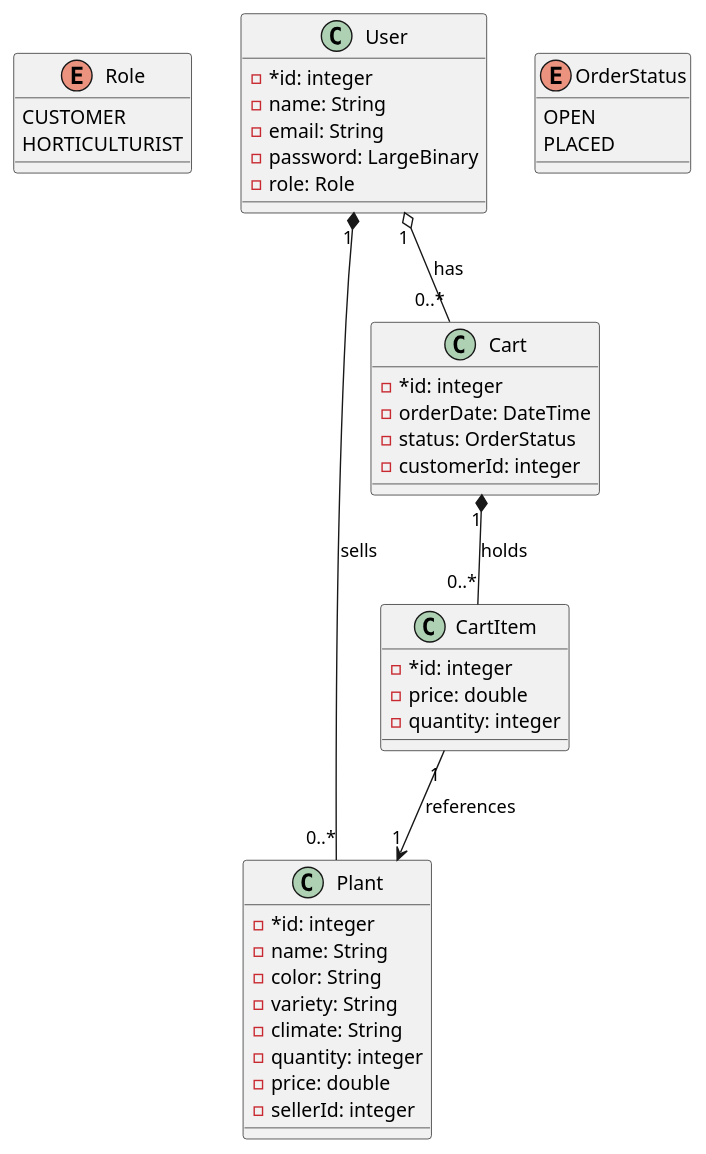
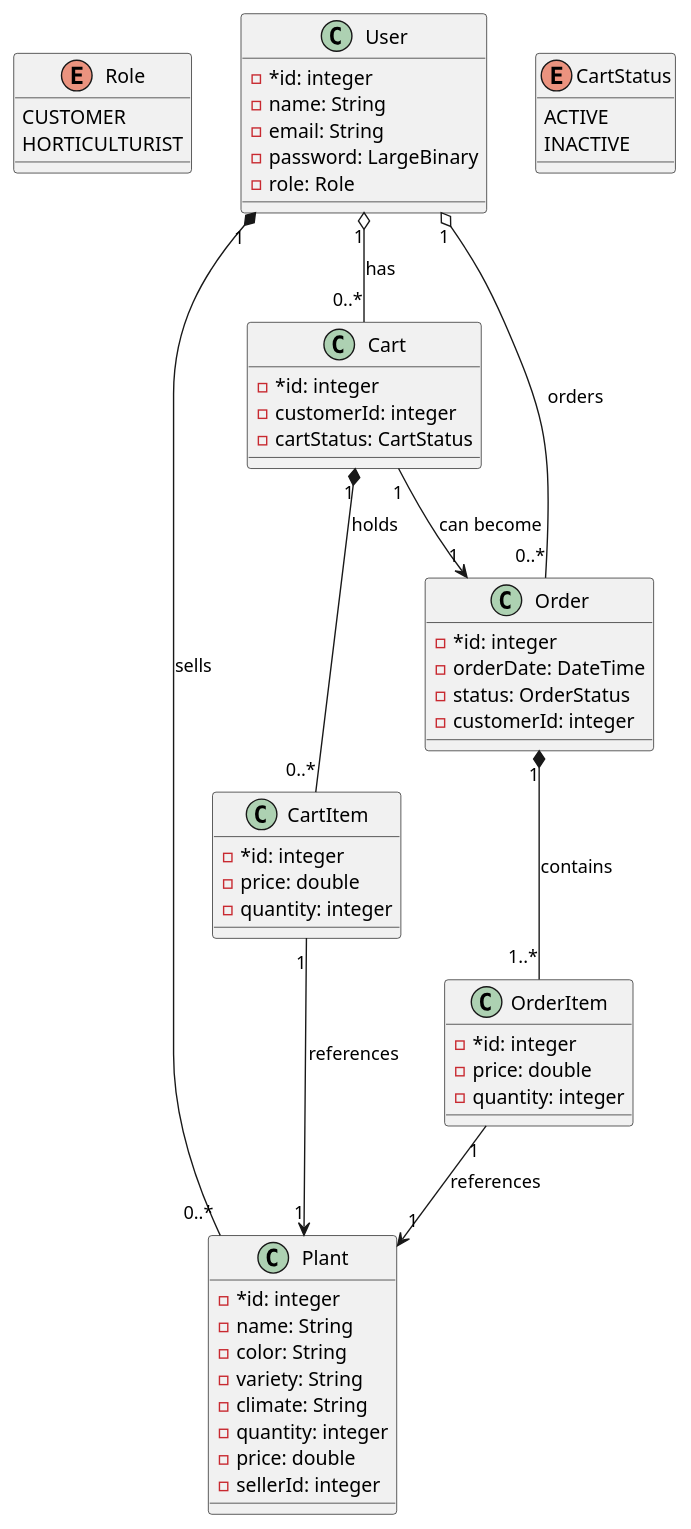
The diagram in uml/class_diagram.wsd (cs-rrcc/plant-shop), drawn with PlantUML before and after one commit. The commit also changed 4 other files, not shown here.

```diff
--- a/uml/class_diagram.wsd
+++ b/uml/class_diagram.wsd
@@ -1,50 +1,69 @@
 @startuml UnbeleafableObjects
 
 enum Role{
     CUSTOMER
     HORTICULTURIST
 }
 
 class User {
     - *id: integer
     - name: String
     - email: String
     - password: LargeBinary
     - role: Role
 }
 
 class Plant {
     - *id: integer
     - name: String
     - color: String
     - variety: String
     - climate: String
     - quantity: integer
     - price: double
     - sellerId: integer
 }
 
-enum OrderStatus {
-    OPEN
-    PLACED
+enum CartStatus {
+    ACTIVE
+    INACTIVE
 }
 
 class Cart {
     - *id: integer
-    - orderDate: DateTime
-    - status: OrderStatus
     - customerId: integer
+    - cartStatus: CartStatus
 }
 
 class CartItem {
     - *id: integer
     - price: double
     - quantity: integer
 }
 
+class Order {
+    - *id: integer
+    - orderDate: DateTime
+    - status: OrderStatus
+    - customerId: integer
+}
+
+class OrderItem {
+    - *id: integer
+    - price: double
+    - quantity: integer
+}
+
 User "1" *-- "0..*" Plant: sells
 User "1" o-- "0..*" Cart : has
+User "1" o-- "0..*" Order: orders
+
 Cart "1" *-- "0..*" CartItem : holds
 CartItem "1" --> "1" Plant : references
 
+Cart "1" --> "1" Order: can become
+
+Order "1" *-- "1..*" OrderItem: contains
+OrderItem "1" --> "1" Plant: references
+
 @enduml
```
